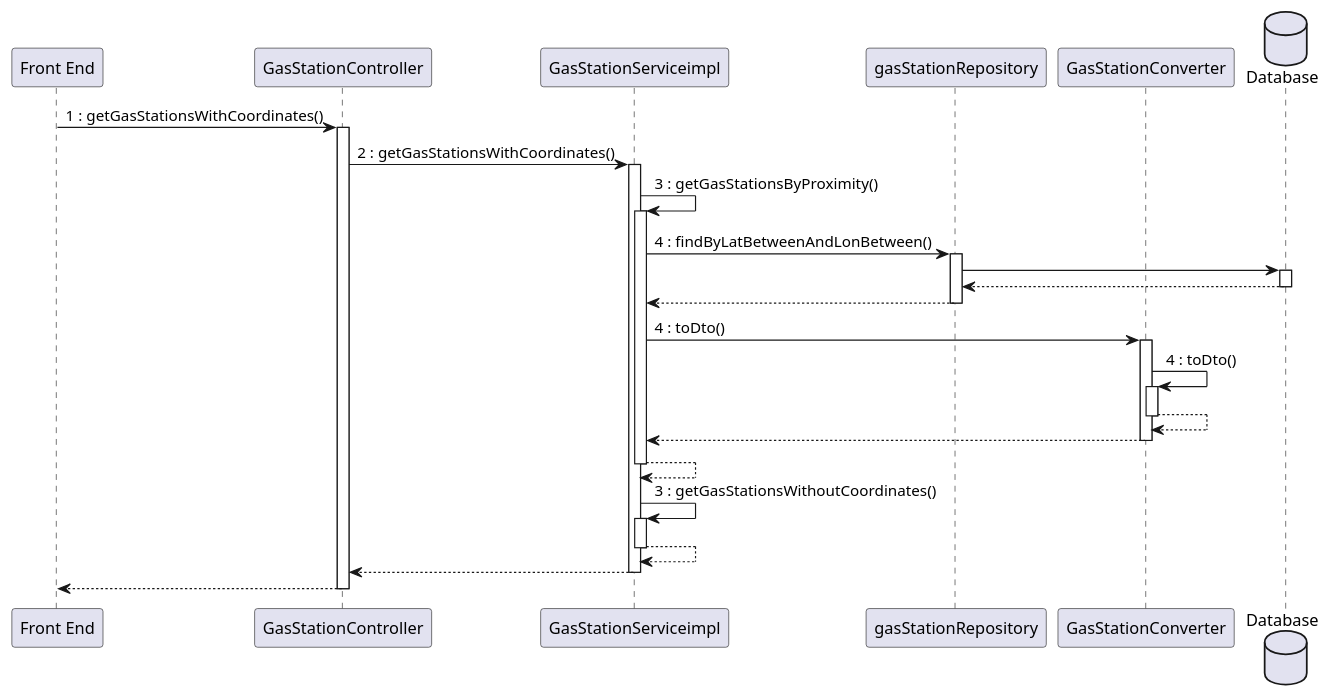
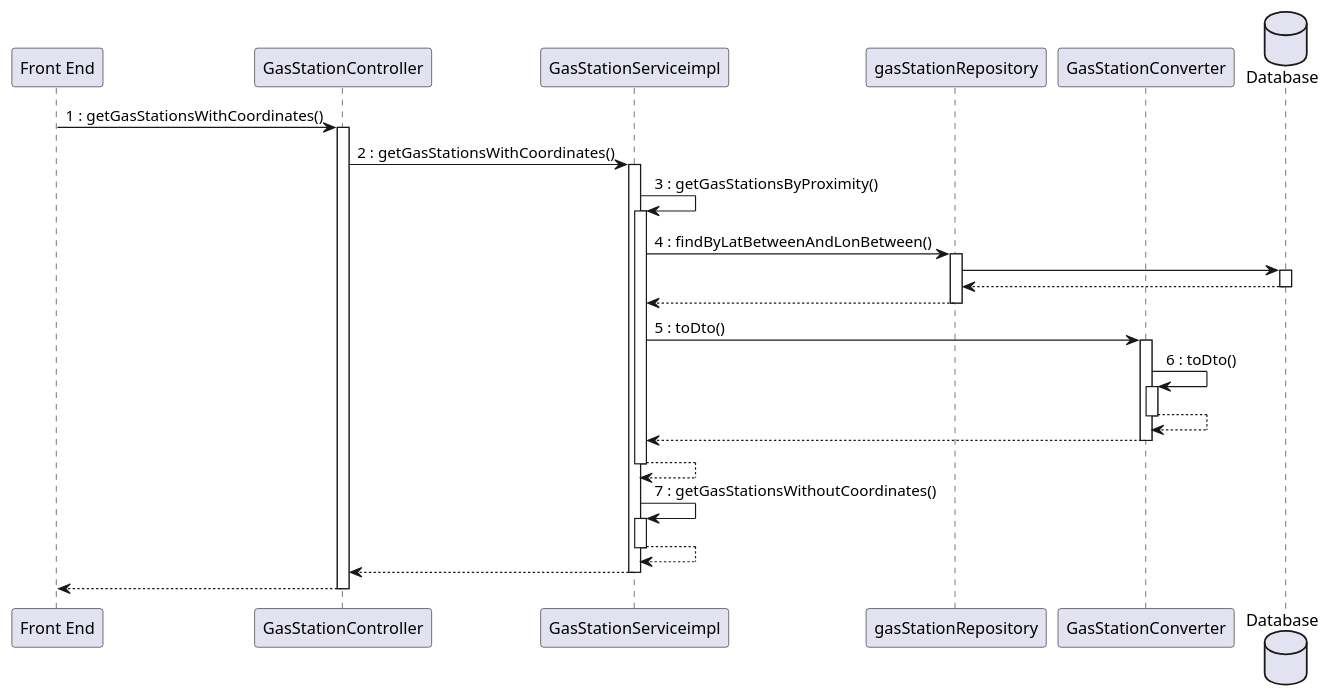
One commit to mosTavassoli/ezgas changed diagram 12 of 15 in docs/DesignDocument.md. Above: the diagram before and after it, drawn with PlantUML.

Commit message:
docs(DesignDocument): fix sequence diagram use case 8

````diff
--- a/docs/DesignDocument.md
+++ b/docs/DesignDocument.md
@@ -830,29 +830,29 @@
 ```plantuml
 database Database order 30
 "Front End" -> GasStationController:1 : getGasStationsWithCoordinates()
 activate GasStationController
 GasStationController -> GasStationServiceimpl:2 : getGasStationsWithCoordinates()
 activate GasStationServiceimpl
 
 GasStationServiceimpl -> GasStationServiceimpl: 3 : getGasStationsByProximity()
 activate GasStationServiceimpl
 GasStationServiceimpl -> gasStationRepository: 4 : findByLatBetweenAndLonBetween()
 activate gasStationRepository
 gasStationRepository -> Database
 activate Database
 return
 return
-GasStationServiceimpl -> GasStationConverter: 4 : toDto()
+GasStationServiceimpl -> GasStationConverter: 5 : toDto()
 activate GasStationConverter
-GasStationConverter -> GasStationConverter: 4 : toDto()
+GasStationConverter -> GasStationConverter: 6 : toDto()
 activate GasStationConverter
 return
 return
 return
 
-GasStationServiceimpl -> GasStationServiceimpl: 3 : getGasStationsWithoutCoordinates()
+GasStationServiceimpl -> GasStationServiceimpl: 7 : getGasStationsWithoutCoordinates()
 activate GasStationServiceimpl
 return
 return
 return
 ```
````
